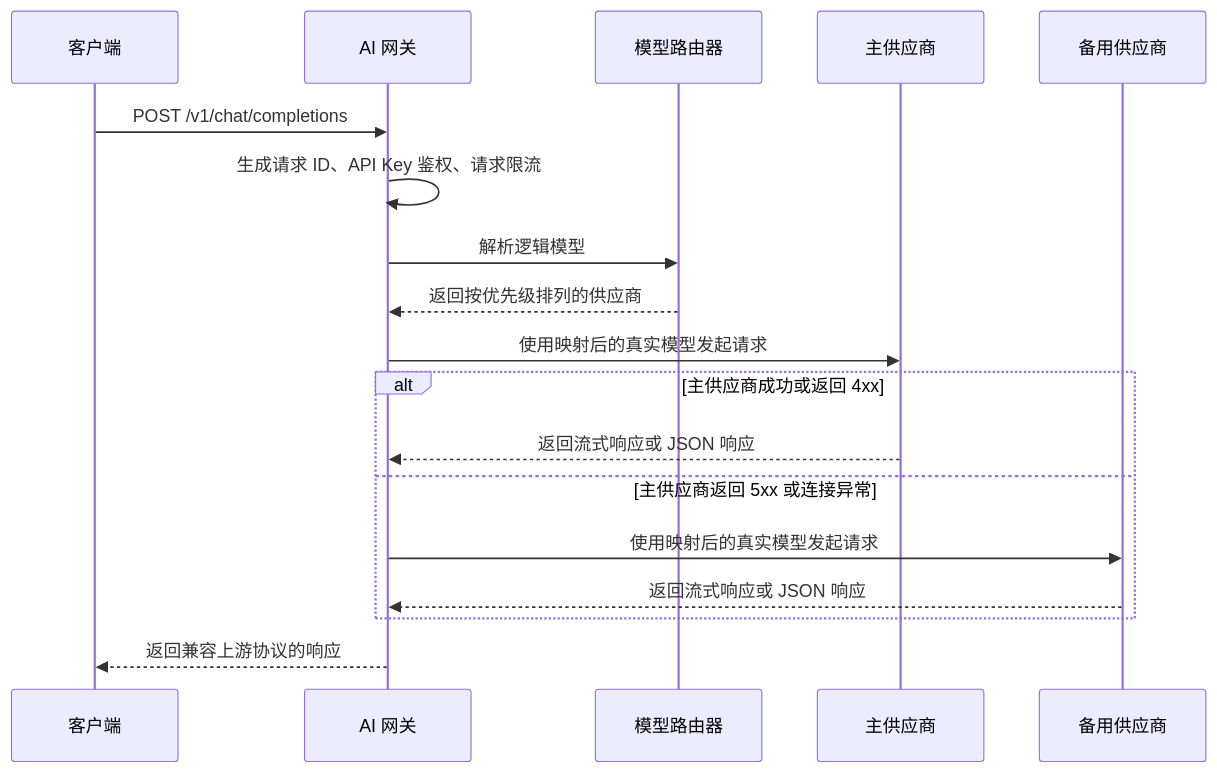
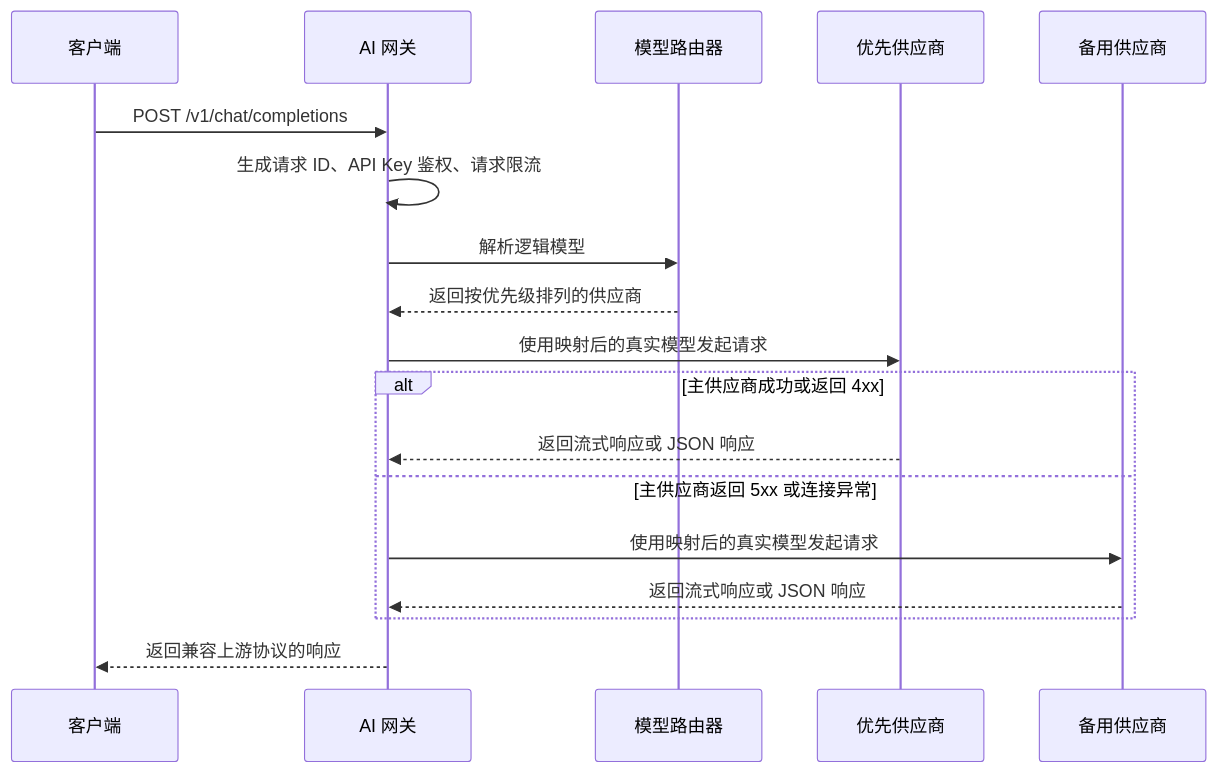
One commit to javahbp-cpu/ai-gateway changed the diagram in docs/architecture.md. Above: the diagram before and after it, drawn with Mermaid. The commit also changed other lines of this file and 5 other files, not shown here.

````diff
--- a/docs/architecture.md
+++ b/docs/architecture.md
@@ -5,21 +5,21 @@
 ```mermaid
 sequenceDiagram
     participant Client as 客户端
     participant Gateway as AI 网关
     participant Router as 模型路由器
-    participant Primary as 主供应商
+    participant Primary as 优先供应商
     participant Fallback as 备用供应商
 
     Client->>Gateway: POST /v1/chat/completions
     Gateway->>Gateway: 生成请求 ID、API Key 鉴权、请求限流
     Gateway->>Router: 解析逻辑模型
     Router-->>Gateway: 返回按优先级排列的供应商
     Gateway->>Primary: 使用映射后的真实模型发起请求
     alt 主供应商成功或返回 4xx
         Primary-->>Gateway: 返回流式响应或 JSON 响应
     else 主供应商返回 5xx 或连接异常
         Gateway->>Fallback: 使用映射后的真实模型发起请求
         Fallback-->>Gateway: 返回流式响应或 JSON 响应
     end
     Gateway-->>Client: 返回兼容上游协议的响应
 ```
````
